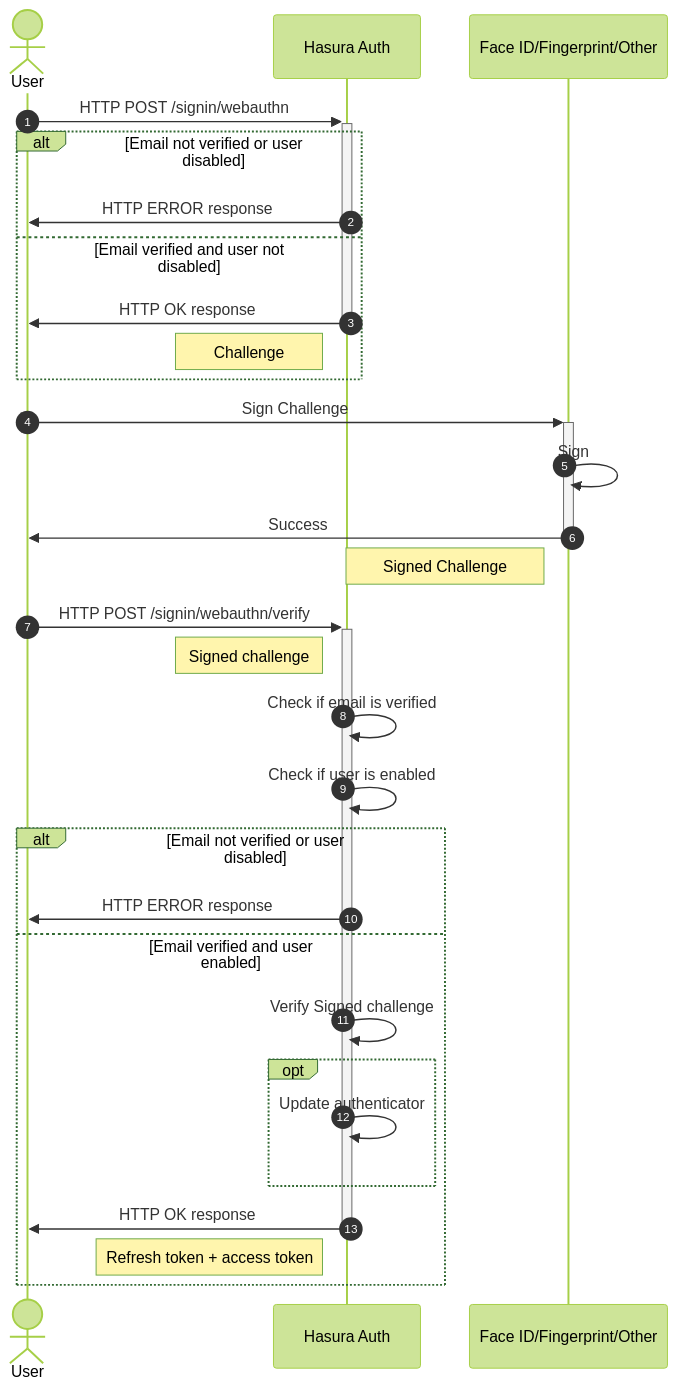
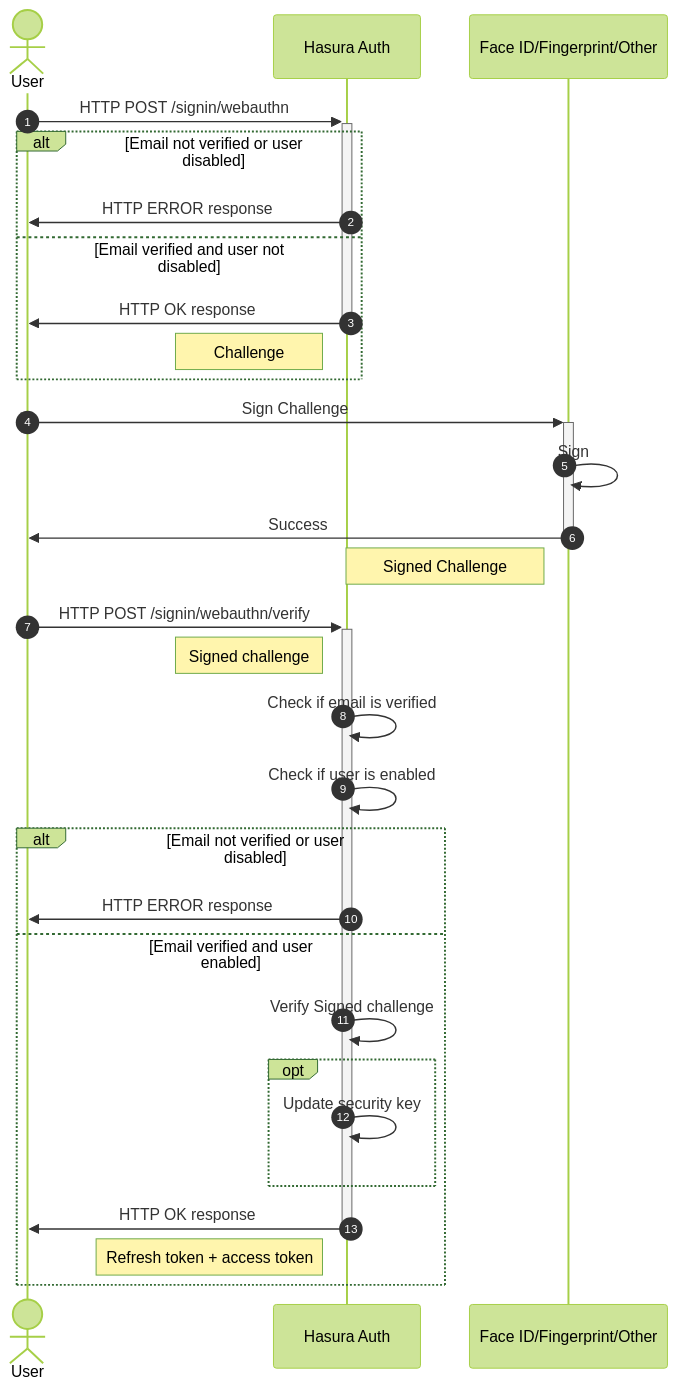
Before and after one commit to nhost/nhost: the second of 3 diagrams in docs/workflows/webauthn.md, drawn with Mermaid (forest theme). The commit also changed other lines of this file and 14 other files, not shown here.

````diff
--- a/docs/workflows/webauthn.md
+++ b/docs/workflows/webauthn.md
@@ -61,32 +61,32 @@
 ```mermaid
 sequenceDiagram
 	autonumber
 	actor U as User
 	participant A as Hasura Auth
 	participant G as Face ID/Fingerprint/Other
 	U->>+A: HTTP POST /signin/webauthn
     alt Email not verified or user disabled
         A->>U: HTTP ERROR response
     else Email verified and user not disabled
         A->>-U: HTTP OK response
         Note left of A: Challenge
     end
     U->>+G: Sign Challenge
     G->>G: Sign
     G->>-U: Success
     Note left of G: Signed Challenge
     U->>+A: HTTP POST /signin/webauthn/verify
     Note left of A: Signed challenge
     A->>A: Check if email is verified
     A->>A: Check if user is enabled
     alt Email not verified or user disabled
         A->>U: HTTP ERROR response
     else Email verified and user enabled
         A->>A: Verify Signed challenge
         opt
-            A->>A: Update authenticator
+            A->>A: Update security key
         end
         A->>-U: HTTP OK response
         Note left of A: Refresh token + access token
     end
 ```
````
